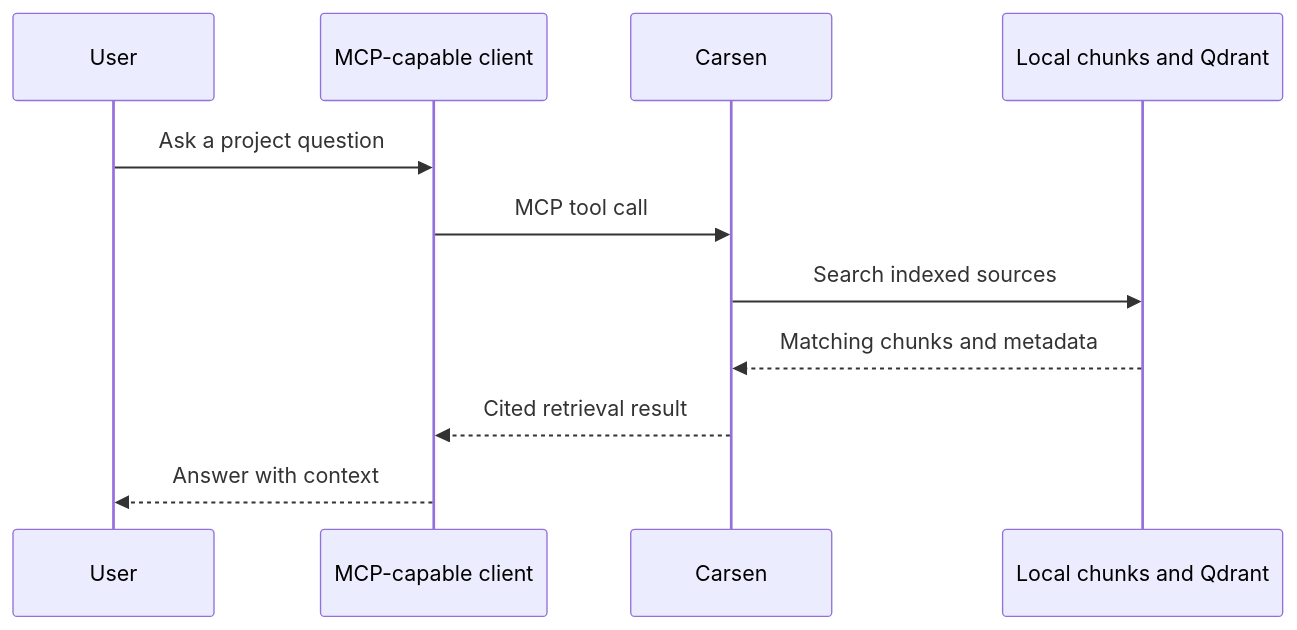
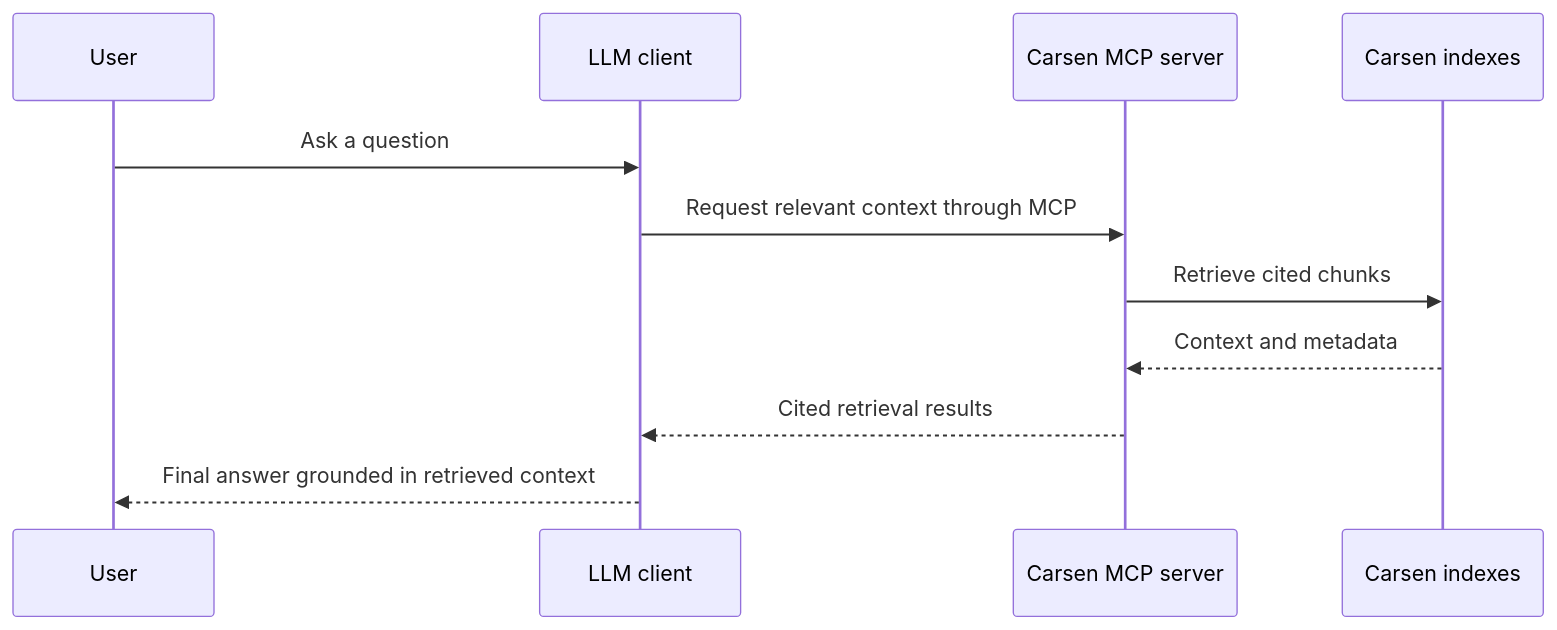
One commit to LorenzoMugnai/Carsen changed the diagram in docs/concepts/mcp.md. Above: the diagram before and after it, drawn with Mermaid. The commit also changed 17 other files, not shown here.

````diff
--- a/docs/concepts/mcp.md
+++ b/docs/concepts/mcp.md
@@ -5,14 +5,13 @@
 ```mermaid
 sequenceDiagram
     participant User
-    participant Client as MCP-capable client
-    participant Carsen
-    participant Store as Local chunks and Qdrant
-
-    User->>Client: Ask a project question
-    Client->>Carsen: MCP tool call
-    Carsen->>Store: Search indexed sources
-    Store-->>Carsen: Matching chunks and metadata
-    Carsen-->>Client: Cited retrieval result
-    Client-->>User: Answer with context
+    participant Client as LLM client
+    participant Carsen as Carsen MCP server
+    participant Store as Carsen indexes
+    User->>Client: Ask a question
+    Client->>Carsen: Request relevant context through MCP
+    Carsen->>Store: Retrieve cited chunks
+    Store-->>Carsen: Context and metadata
+    Carsen-->>Client: Cited retrieval results
+    Client-->>User: Final answer grounded in retrieved context
 ```
````
